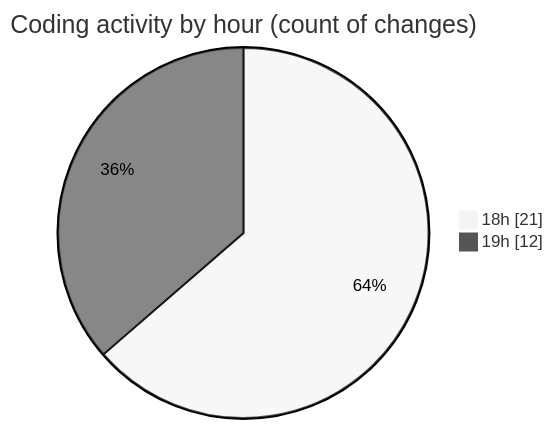
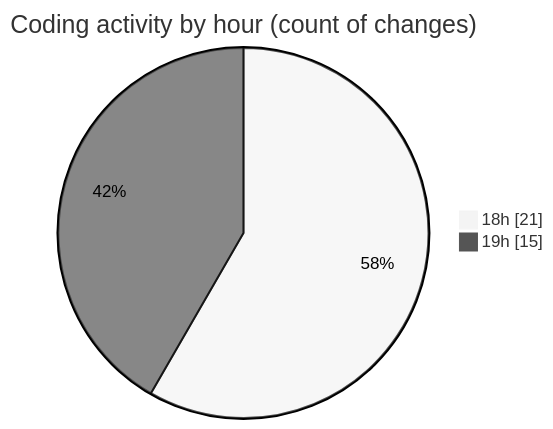
Before and after one commit to Netris89/code-tracking: the second of 2 diagrams in 2025-03-13/back-end/README.md, drawn with Mermaid (neutral theme). The commit also changed other lines of this file and 1 other file, not shown here.

````diff
--- a/2025-03-13/back-end/README.md
+++ b/2025-03-13/back-end/README.md
@@ -35,6 +35,6 @@
 ```mermaid
 pie showData
 title Coding activity by hour (count of changes)
 "18h" : 21
-"19h" : 12
+"19h" : 15
 ```
````
